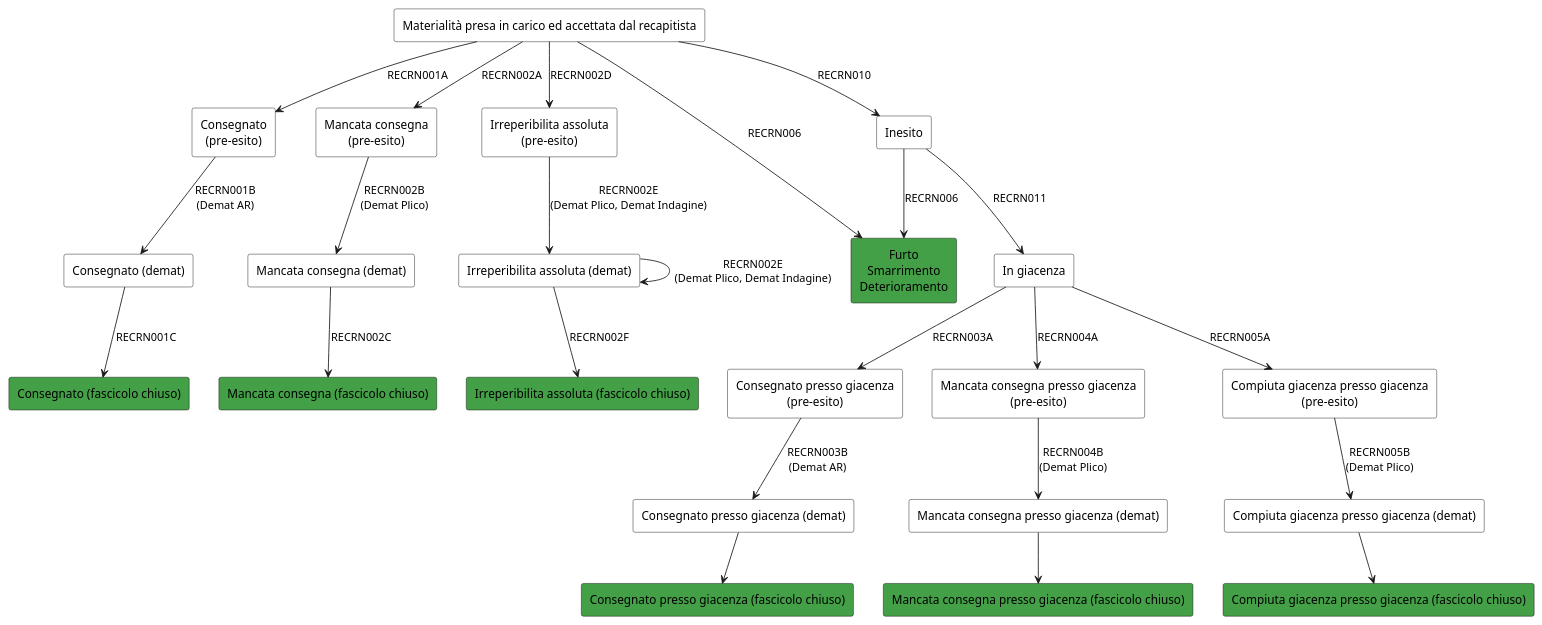
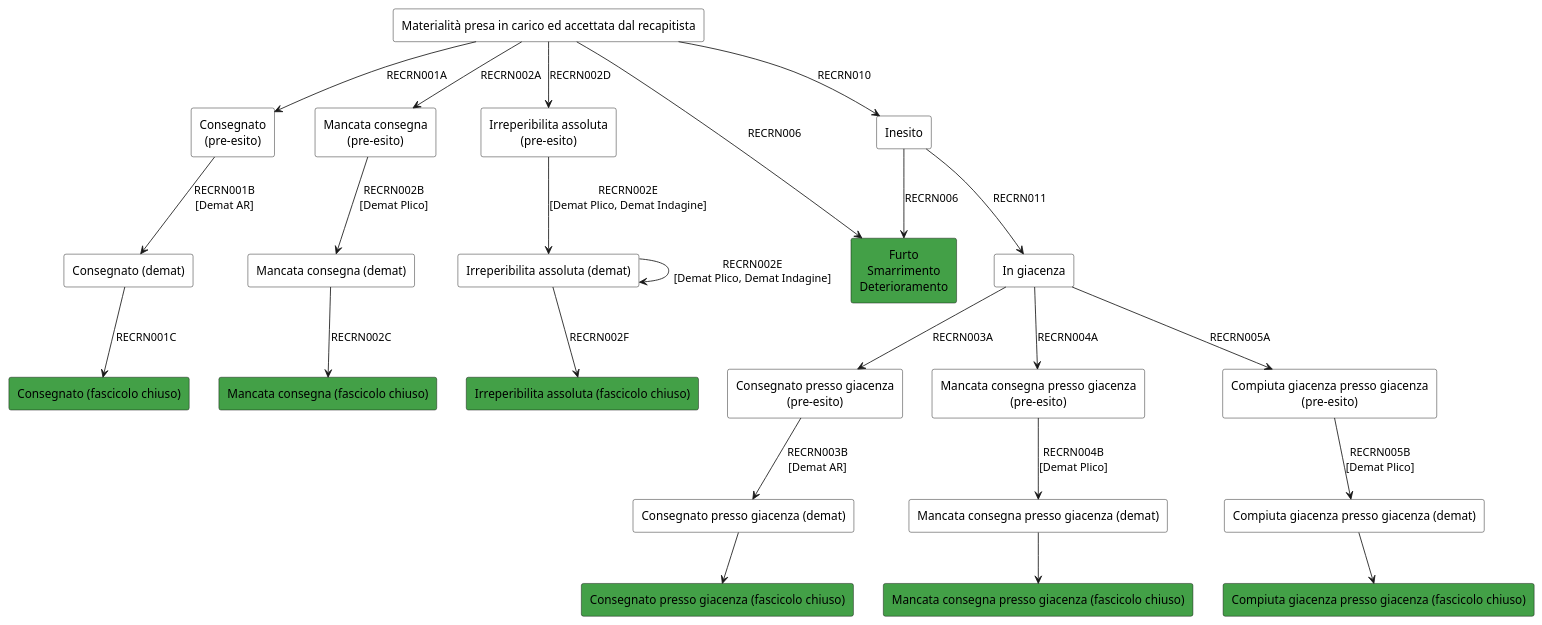
One commit to pagopa/pn-postalizzazione-api changed the diagram in docs/diagrams/plantuml.iuml. Above: the diagram before and after it, drawn with PlantUML.

Commit message:
feat: update plantUML

```diff
--- a/docs/diagrams/plantuml.iuml
+++ b/docs/diagrams/plantuml.iuml
@@ -1,89 +1,89 @@
 @startuml
 skinparam defaultTextAlignment center
 skinparam rectangle {
   BackgroundColor White
   BorderColor Black
   FontColor Black
 }
 skinparam arrow {
   FontColor Black
 }
 
 ' Nodi principali
 rectangle "Materialità presa in carico ed accettata dal recapitista" as PresaInCarico
 rectangle "Consegnato\n(pre-esito)" as ConsegnatoPreEsito
 rectangle "Mancata consegna\n(pre-esito)" as MancataConsegnaPreEsito
 rectangle "Irreperibilita assoluta\n(pre-esito)" as IrreperibilitaAssolutaPreEsito
 rectangle "Furto\nSmarrimento\nDeterioramento" as FurtoSmarrimentoDeterioramento #43A047
 rectangle "Inesito" as Inesito
 
 ' Consegnato
 rectangle "Consegnato (demat)" as ConsegnatoDemat
 rectangle "Consegnato (fascicolo chiuso)" as ConsegnatoFascicoloChiuso #43A047
 
 ' Mancata consegna
 rectangle "Mancata consegna (demat)" as MancataConsegnaDemat
 rectangle "Mancata consegna (fascicolo chiuso)" as MancataConsegnaFascicoloChiuso #43A047
 
 ' Irreperibilità assoluta
 rectangle "Irreperibilita assoluta (demat)" as IrreperibilitaAssolutaDemat
 rectangle "Irreperibilita assoluta (fascicolo chiuso)" as IrreperibilitaAssolutaFascicoloChiuso #43A047
 
 ' Giacenza
 rectangle "In giacenza" as InGiacenza
 
 ' Consegnato presso giacenza
 rectangle "Consegnato presso giacenza\n(pre-esito)" as ConsegnatoPressoGiacenzaPreEsito
 rectangle "Consegnato presso giacenza (demat)" as ConsegnatoPressoGiacenzaDemat
 rectangle "Consegnato presso giacenza (fascicolo chiuso)" as ConsegnatoPressoGiacenzaFascicoloChiuso #43A047
 
 ' Mancata consegna presso giacenza
 rectangle "Mancata consegna presso giacenza\n(pre-esito)" as MancataConsegnaPressoGiacenzaPreEsito
 rectangle "Mancata consegna presso giacenza (demat)" as MancataConsegnaPressoGiacenzaDemat
 rectangle "Mancata consegna presso giacenza (fascicolo chiuso)" as MancataConsegnaPressoGiacenzaFascicoloChiuso #43A047
 
 ' Compiuta giacenza presso giacenza
 rectangle "Compiuta giacenza presso giacenza\n(pre-esito)" as CompiutaGiacenzaPressoGiacenzaPreEsito
 rectangle "Compiuta giacenza presso giacenza (demat)" as CompiutaGiacenzaPressoGiacenzaDemat
 rectangle "Compiuta giacenza presso giacenza (fascicolo chiuso)" as CompiutaGiacenzaPressoGiacenzaFascicoloChiuso #43A047
 
 ' Collegamenti principali
 PresaInCarico --> ConsegnatoPreEsito : RECRN001A
 PresaInCarico --> MancataConsegnaPreEsito : RECRN002A
 PresaInCarico --> IrreperibilitaAssolutaPreEsito : RECRN002D
 PresaInCarico --> FurtoSmarrimentoDeterioramento : RECRN006
 PresaInCarico --> Inesito : RECRN010
 
 ' Consegnato
-ConsegnatoPreEsito --> ConsegnatoDemat : RECRN001B\n(Demat AR)
+ConsegnatoPreEsito --> ConsegnatoDemat : RECRN001B\n[Demat AR]
 ConsegnatoDemat --> ConsegnatoFascicoloChiuso : RECRN001C
 
 ' Mancata consegna
-MancataConsegnaPreEsito --> MancataConsegnaDemat : RECRN002B\n(Demat Plico)
+MancataConsegnaPreEsito --> MancataConsegnaDemat : RECRN002B\n[Demat Plico]
 MancataConsegnaDemat --> MancataConsegnaFascicoloChiuso : RECRN002C
 
 ' Irreperibilità assoluta
-IrreperibilitaAssolutaPreEsito --> IrreperibilitaAssolutaDemat : RECRN002E\n(Demat Plico, Demat Indagine)
-IrreperibilitaAssolutaDemat --> IrreperibilitaAssolutaDemat : RECRN002E\n(Demat Plico, Demat Indagine)
+IrreperibilitaAssolutaPreEsito --> IrreperibilitaAssolutaDemat : RECRN002E\n[Demat Plico, Demat Indagine]
+IrreperibilitaAssolutaDemat --> IrreperibilitaAssolutaDemat : RECRN002E\n[Demat Plico, Demat Indagine]
 IrreperibilitaAssolutaDemat --> IrreperibilitaAssolutaFascicoloChiuso : RECRN002F
 
 ' Giacenza
 Inesito --> FurtoSmarrimentoDeterioramento : RECRN006
 Inesito --> InGiacenza : RECRN011
 
 ' Consegnato presso giacenza
 InGiacenza --> ConsegnatoPressoGiacenzaPreEsito : RECRN003A
-ConsegnatoPressoGiacenzaPreEsito --> ConsegnatoPressoGiacenzaDemat : RECRN003B\n(Demat AR)
+ConsegnatoPressoGiacenzaPreEsito --> ConsegnatoPressoGiacenzaDemat : RECRN003B\n[Demat AR]
 ConsegnatoPressoGiacenzaDemat --> ConsegnatoPressoGiacenzaFascicoloChiuso
 
 ' Mancata consegna presso giacenza
 InGiacenza --> MancataConsegnaPressoGiacenzaPreEsito : RECRN004A
-MancataConsegnaPressoGiacenzaPreEsito --> MancataConsegnaPressoGiacenzaDemat : RECRN004B\n(Demat Plico)
+MancataConsegnaPressoGiacenzaPreEsito --> MancataConsegnaPressoGiacenzaDemat : RECRN004B\n[Demat Plico]
 MancataConsegnaPressoGiacenzaDemat --> MancataConsegnaPressoGiacenzaFascicoloChiuso
 
 ' Compiuta giacenza presso giacenza
 InGiacenza --> CompiutaGiacenzaPressoGiacenzaPreEsito : RECRN005A
-CompiutaGiacenzaPressoGiacenzaPreEsito --> CompiutaGiacenzaPressoGiacenzaDemat : RECRN005B\n(Demat Plico)
+CompiutaGiacenzaPressoGiacenzaPreEsito --> CompiutaGiacenzaPressoGiacenzaDemat : RECRN005B\n[Demat Plico]
 CompiutaGiacenzaPressoGiacenzaDemat --> CompiutaGiacenzaPressoGiacenzaFascicoloChiuso
 
 @enduml
```
